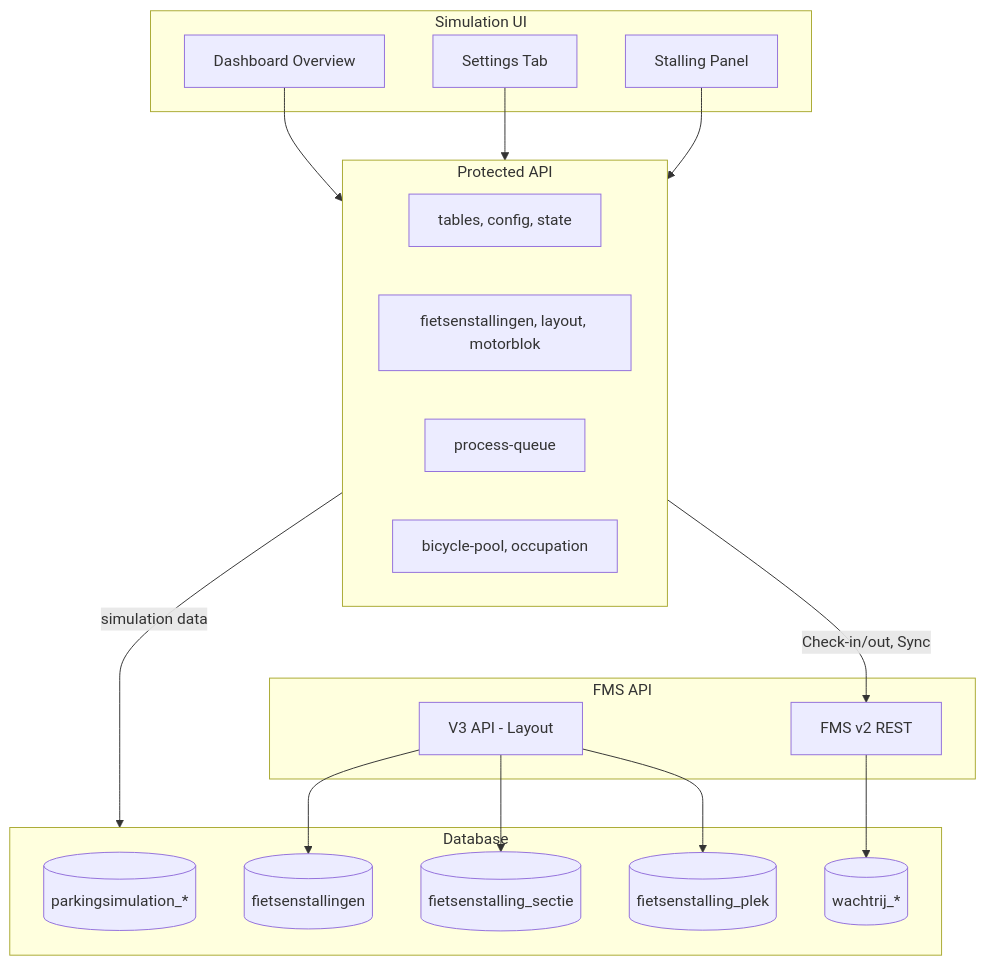
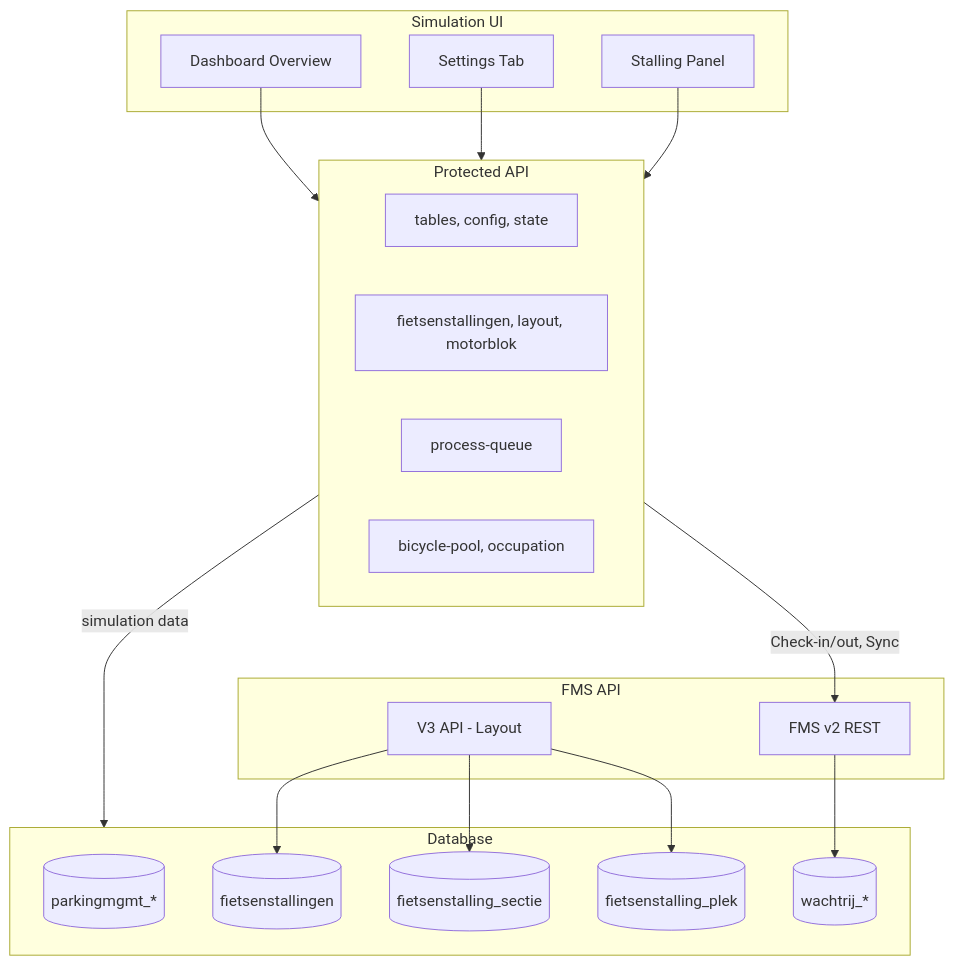
One commit to Stichting-CROW/fietsberaad-veiligstallen-app changed the eighth of 8 diagrams in docs/analyse-motorblok/API_PORTING_PLAN.md. Above: the diagram before and after it, drawn with Mermaid. The commit also changed other lines of this file and 43 other files, not shown here.

````diff
--- a/docs/analyse-motorblok/API_PORTING_PLAN.md
+++ b/docs/analyse-motorblok/API_PORTING_PLAN.md
@@ -946,39 +945,39 @@
 ```mermaid
 flowchart TB
     subgraph UI [Simulation UI]
         Dashboard[Dashboard Overview]
         SettingsTab[Settings Tab]
         StallingPanel[Stalling Panel]
     end
 
     subgraph ProtectedAPI [Protected API]
         TablesAPI[tables, config, state]
         StallingsAPI[fietsenstallingen, layout, motorblok]
         ProcessQueue[process-queue]
         BicyclePool[bicycle-pool, occupation]
     end
 
     subgraph DB [Database]
-        Parkingsimulation[("parkingsimulation_*")]
+        ParkingMgmt[("parkingmgmt_*")]
         Fietsenstallingen[(fietsenstallingen)]
         Sectie[(fietsenstalling_sectie)]
         Plek[(fietsenstalling_plek)]
         Wachtrij[(wachtrij_*)]
     end
 
     subgraph FMS [FMS API]
         FMSv2[FMS v2 REST]
         V3API[V3 API - Layout]
     end
 
     Dashboard --> ProtectedAPI
     SettingsTab --> ProtectedAPI
     StallingPanel --> ProtectedAPI
 
     ProtectedAPI -->|simulation data| DB
     ProtectedAPI -->|"Check-in/out, Sync"| FMSv2
     FMSv2 --> Wachtrij
     V3API --> Fietsenstallingen
     V3API --> Sectie
     V3API --> Plek
 ```
````
